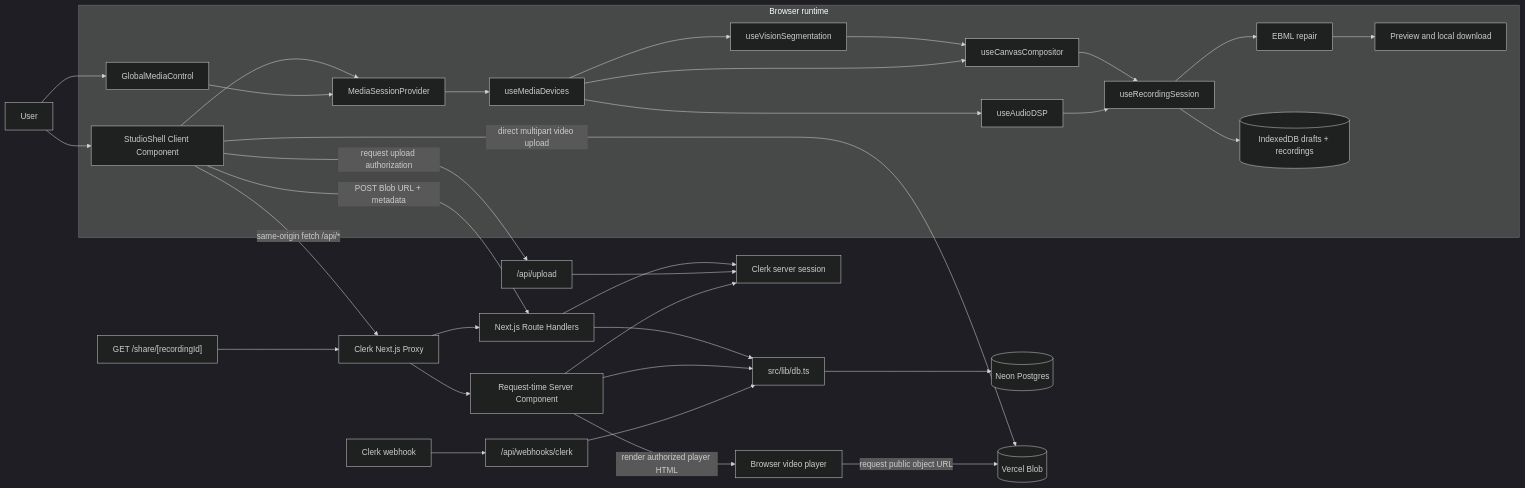
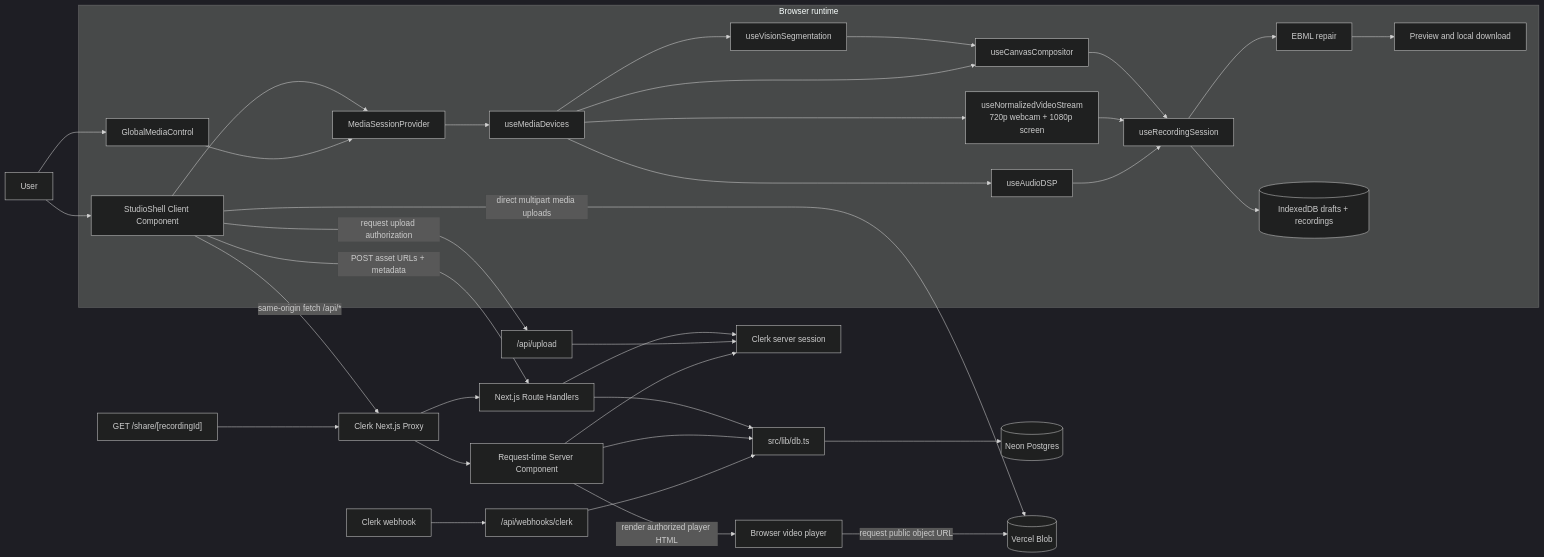
Before and after one commit to caoquanghung/recordweb: the first of 4 diagrams in docs/system_architecture.md, drawn with Mermaid (dark theme). The commit also changed other lines of this file and 17 other files, not shown here.

Commit message:
separate webcam + audio + screen

````diff
--- a/docs/system_architecture.md
+++ b/docs/system_architecture.md
@@ -13,41 +13,43 @@
 ```mermaid
 flowchart LR
     User["User"] --> Studio["StudioShell Client Component"]
     User --> GlobalControl["GlobalMediaControl"]
 
     subgraph Browser["Browser runtime"]
         Provider["MediaSessionProvider"] --> Devices["useMediaDevices"]
         Studio --> Provider
         GlobalControl --> Provider
         Devices --> Vision["useVisionSegmentation"]
         Devices --> Audio["useAudioDSP"]
         Vision --> Canvas["useCanvasCompositor"]
         Devices --> Canvas
+        Devices --> Normalized["useNormalizedVideoStream<br/>720p webcam + 1080p screen"]
         Canvas --> Recorder["useRecordingSession"]
+        Normalized --> Recorder
         Audio --> Recorder
         Recorder --> Repair["EBML repair"]
         Recorder --> IDB[("IndexedDB drafts + recordings")]
         Repair --> Review["Preview and local download"]
     end
 
     Studio -->|"same-origin fetch /api/*"| Proxy["Clerk Next.js Proxy"]
     Proxy --> Routes["Next.js Route Handlers"]
     Routes --> Auth["Clerk server session"]
     Routes --> DbClient["src/lib/db.ts"]
     DbClient --> Neon[("Neon Postgres")]
 
     Studio -->|"request upload authorization"| UploadRoute["/api/upload"]
     UploadRoute --> Auth
-    Studio -->|"direct multipart video upload"| Blob[("Vercel Blob")]
-    Studio -->|"POST Blob URL + metadata"| Routes
+    Studio -->|"direct multipart media uploads"| Blob[("Vercel Blob")]
+    Studio -->|"POST asset URLs + metadata"| Routes
 
     ShareRequest["GET /share/[recordingId]"] --> Proxy
     Proxy --> SharePage["Request-time Server Component"]
     SharePage --> Auth
     SharePage --> DbClient
     SharePage -->|"render authorized player HTML"| SharePlayer["Browser video player"]
     SharePlayer -->|"request public object URL"| Blob
 
     Clerk["Clerk webhook"] --> Webhook["/api/webhooks/clerk"]
     Webhook --> DbClient
 ```
````
